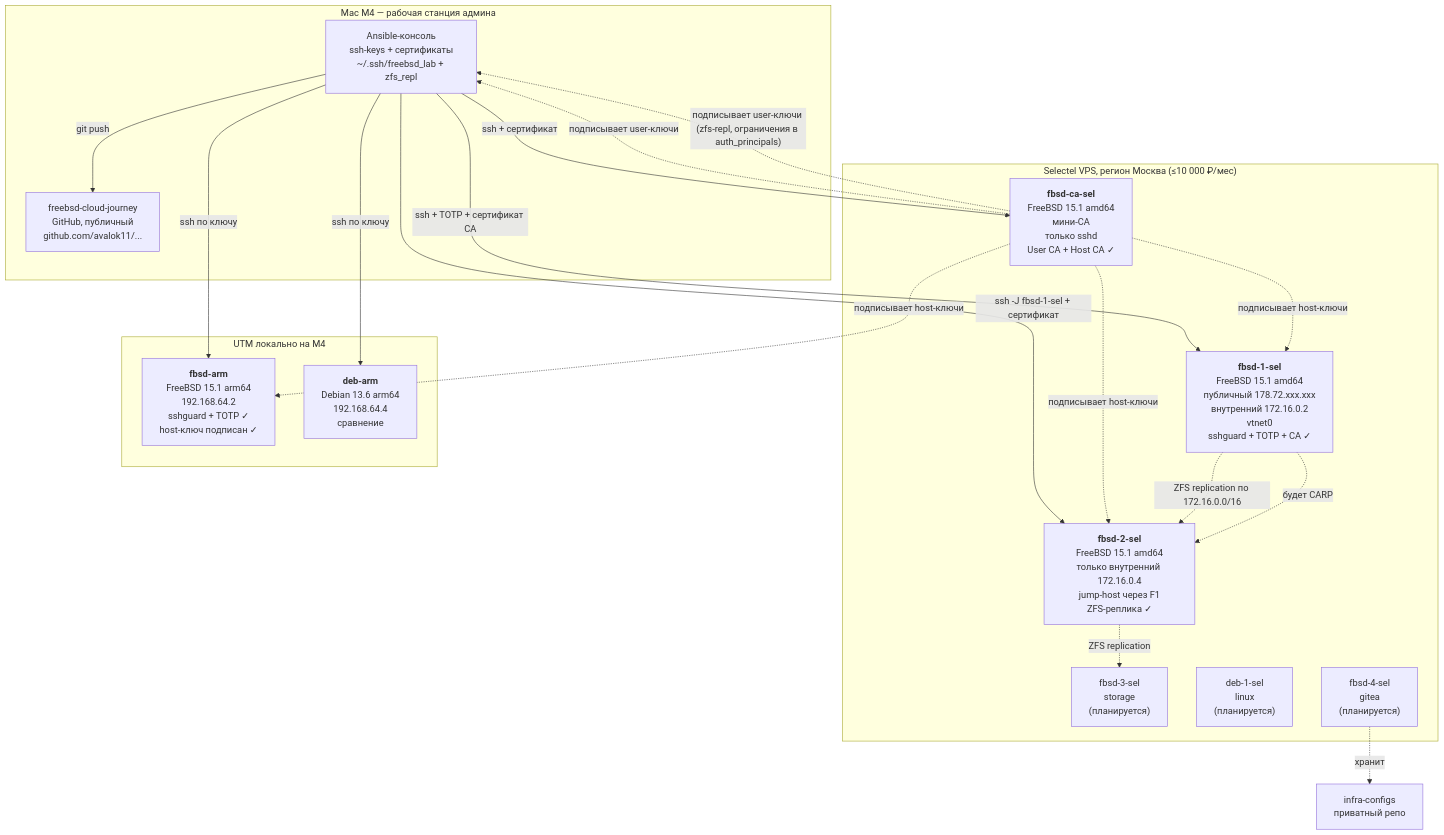
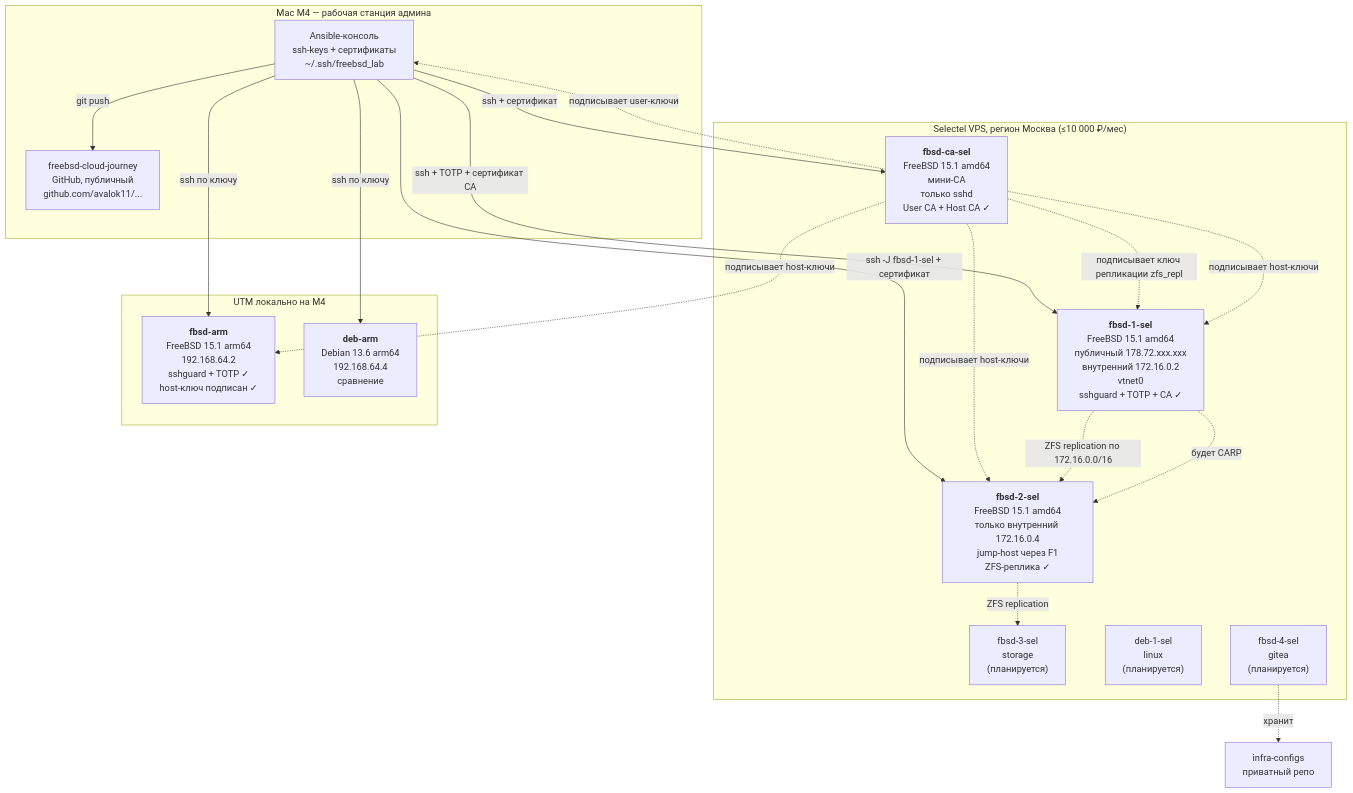
The diagram in docs/architecture.md (avalok11/freebsd-cloud-journey), drawn with Mermaid before and after one commit. The commit also changed other lines of this file and 6 other files, not shown here.

````diff
--- a/docs/architecture.md
+++ b/docs/architecture.md
@@ -7,37 +7,37 @@
 ```mermaid
 graph TB
     subgraph Laptop["Mac M4 — рабочая станция админа"]
-        Console["Ansible-консоль<br/>ssh-keys + сертификаты<br/>~/.ssh/freebsd_lab + zfs_repl"]
+        Console["Ansible-консоль<br/>ssh-keys + сертификаты<br/>~/.ssh/freebsd_lab"]
         GH["freebsd-cloud-journey<br/>GitHub, публичный<br/>github.com/avalok11/..."]
     end
 
     subgraph Selectel["Selectel VPS, регион Москва (≤10 000 ₽/мес)"]
         F1["<b>fbsd-1-sel</b><br/>FreeBSD 15.1 amd64<br/>публичный 178.72.xxx.xxx<br/>внутренний 172.16.0.2<br/>vtnet0<br/>sshguard + TOTP + CA ✓"]
         CA["<b>fbsd-ca-sel</b><br/>FreeBSD 15.1 amd64<br/>мини-CA<br/>только sshd<br/>User CA + Host CA ✓"]
         F2["<b>fbsd-2-sel</b><br/>FreeBSD 15.1 amd64<br/>только внутренний 172.16.0.4<br/>jump-host через F1<br/>ZFS-реплика ✓"]
         F3["fbsd-3-sel<br/>storage<br/>(планируется)"]
         L1["deb-1-sel<br/>linux<br/>(планируется)"]
         Gitea["fbsd-4-sel<br/>gitea<br/>(планируется)"]
     end
 
     subgraph LocalLab["UTM локально на M4"]
         FARM["<b>fbsd-arm</b><br/>FreeBSD 15.1 arm64<br/>192.168.64.2<br/>sshguard + TOTP ✓<br/>host-ключ подписан ✓"]
         DARM["<b>deb-arm</b><br/>Debian 13.6 arm64<br/>192.168.64.4<br/>сравнение"]
     end
 
     Console -->|"ssh + TOTP + сертификат CA"| F1
     Console -->|"ssh + сертификат"| CA
     Console -->|"ssh -J fbsd-1-sel + сертификат"| F2
     Console -->|"ssh по ключу"| FARM
     Console -->|"ssh по ключу"| DARM
     Console -->|"git push"| GH
     CA -. "подписывает user-ключи" .-> Console
-    CA -. "подписывает user-ключи (zfs-repl, ограничения в auth_principals)" .-> Console
+    CA -. "подписывает ключ репликации zfs_repl" .-> F1
     CA -. "подписывает host-ключи" .-> F1
     CA -. "подписывает host-ключи" .-> F2
     CA -. "подписывает host-ключи" .-> FARM
     F1 -. "ZFS replication по 172.16.0.0/16" .-> F2
     F1 -. "будет CARP" .-> F2
     F2 -. "ZFS replication" .-> F3
     Gitea -. "хранит" .-> InfraCfg["infra-configs<br/>приватный репо"]
 ```
````
